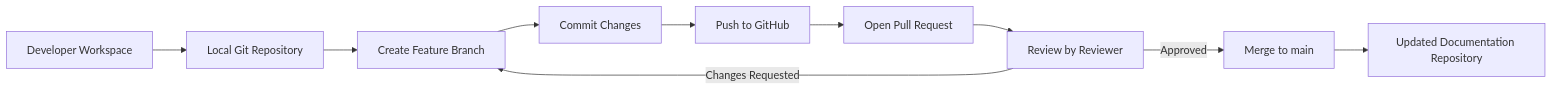
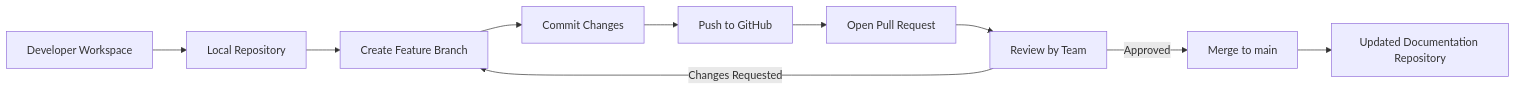
The diagram in vcsREADME.md (SyedRehanAli25/Rehan-Repository-1), drawn with Mermaid before and after one commit. The commit also changed other lines of this file, not shown here.

````diff
--- a/vcsREADME.md
+++ b/vcsREADME.md
@@ -214,12 +130,12 @@
 ```mermaid
 flowchart LR
-    A["Developer Workspace"] --> B["Local Git Repository"]
+    A["Developer Workspace"] --> B["Local Repository"]
     B --> C["Create Feature Branch"]
     C --> D["Commit Changes"]
     D --> E["Push to GitHub"]
     E --> F["Open Pull Request"]
-    F --> G["Review by Reviewer"]
+    F --> G["Review by Team"]
     G -->|Approved| H["Merge to main"]
     G -->|Changes Requested| C
     H --> I["Updated Documentation Repository"]
 ```
````
